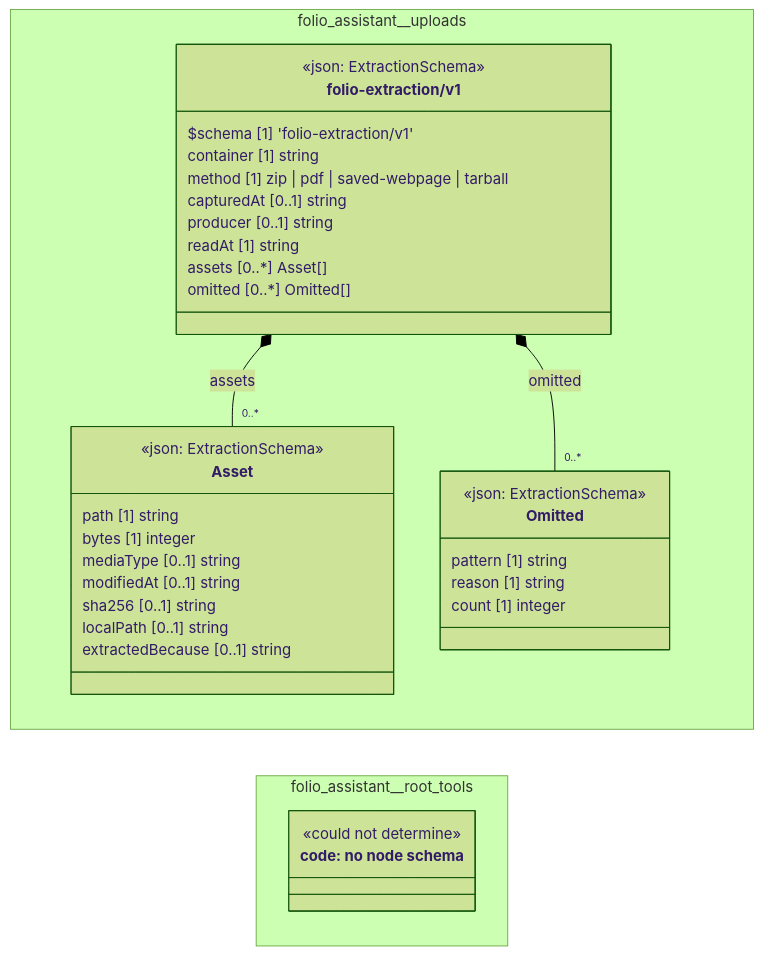
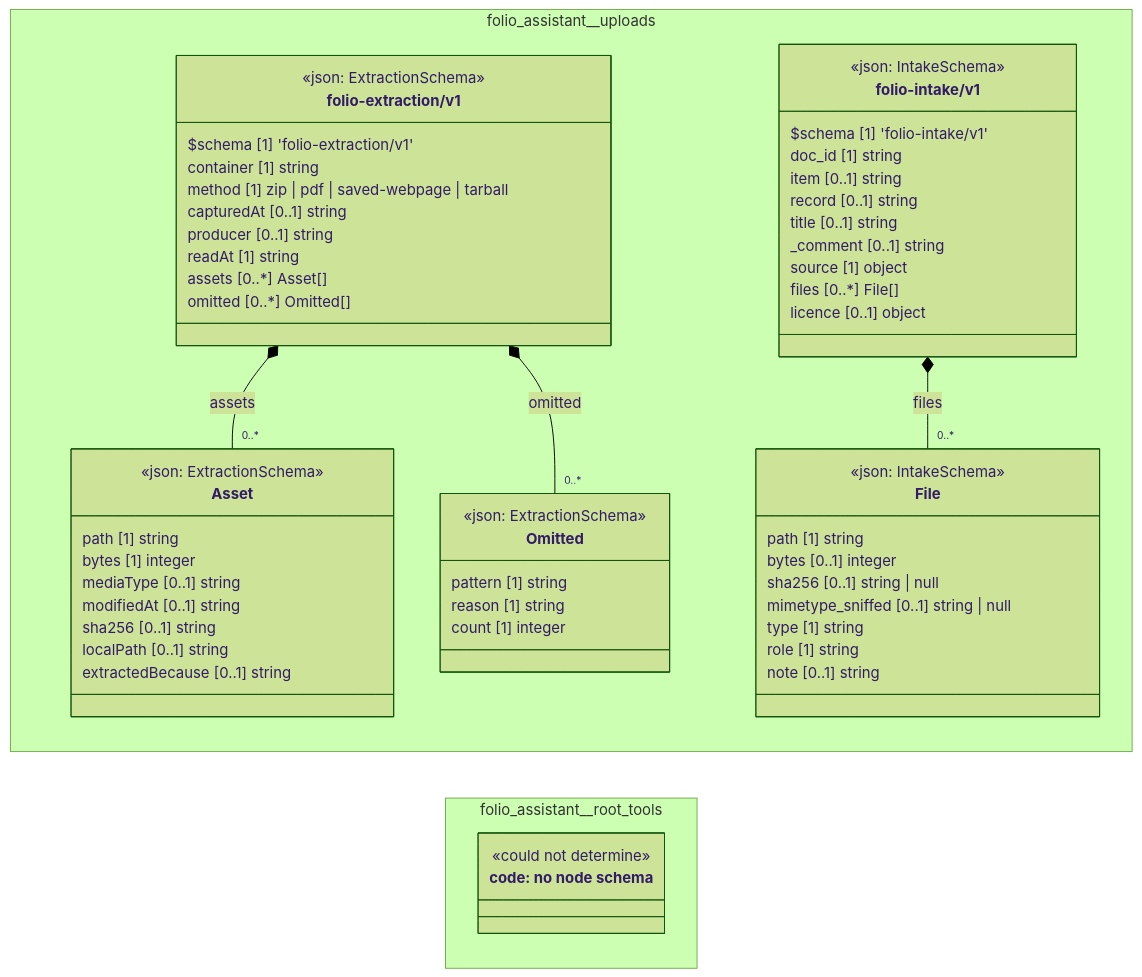
Before and after one commit to litlfred/folio-assistant: the diagram in cat-harness/uml/overview/folio-assistant.mmd, drawn with Mermaid (forest theme). The commit also changed 53 other files, not shown here.

```diff
--- a/cat-harness/uml/overview/folio-assistant.mmd
+++ b/cat-harness/uml/overview/folio-assistant.mmd
@@ -1,43 +1,68 @@
 classDiagram
   direction LR
   namespace folio_assistant__uploads {
     class folio_assistant_uploads_folio_extraction_v1_Asset["Asset"] {
       <<json: ExtractionSchema>>
       path [1] string
       bytes [1] integer
       mediaType [0..1] string
       modifiedAt [0..1] string
       sha256 [0..1] string
       localPath [0..1] string
       extractedBecause [0..1] string
     }
     class folio_assistant_uploads_folio_extraction_v1_Omitted["Omitted"] {
       <<json: ExtractionSchema>>
       pattern [1] string
       reason [1] string
       count [1] integer
     }
     class folio_assistant_uploads_folio_extraction_v1_folio_extraction_v1["folio-extraction/v1"] {
       <<json: ExtractionSchema>>
       $schema [1] 'folio-extraction/v1'
       container [1] string
       method [1] zip | pdf | saved-webpage | tarball
       capturedAt [0..1] string
       producer [0..1] string
       readAt [1] string
       assets [0..*] Asset[]
       omitted [0..*] Omitted[]
     }
+    class folio_assistant_uploads_folio_intake_v1_File["File"] {
+      <<json: IntakeSchema>>
+      path [1] string
+      bytes [0..1] integer
+      sha256 [0..1] string | null
+      mimetype_sniffed [0..1] string | null
+      type [1] string
+      role [1] string
+      note [0..1] string
+    }
+    class folio_assistant_uploads_folio_intake_v1_folio_intake_v1["folio-intake/v1"] {
+      <<json: IntakeSchema>>
+      $schema [1] 'folio-intake/v1'
+      doc_id [1] string
+      item [0..1] string
+      record [0..1] string
+      title [0..1] string
+      _comment [0..1] string
+      source [1] object
+      files [0..*] File[]
+      licence [0..1] object
+    }
   }
   namespace folio_assistant__root_tools {
     class n_folio_assistant_root_tools_code["code: no node schema"] {
       <<could not determine>>
     }
   }
   folio_assistant_uploads_folio_extraction_v1_folio_extraction_v1 *-- "0..*" folio_assistant_uploads_folio_extraction_v1_Asset : assets
   folio_assistant_uploads_folio_extraction_v1_folio_extraction_v1 *-- "0..*" folio_assistant_uploads_folio_extraction_v1_Omitted : omitted
+  folio_assistant_uploads_folio_intake_v1_folio_intake_v1 *-- "0..*" folio_assistant_uploads_folio_intake_v1_File : files
   cssClass "folio_assistant_uploads_folio_extraction_v1_Asset" fa_uml_kind_uploads
   cssClass "folio_assistant_uploads_folio_extraction_v1_Omitted" fa_uml_kind_uploads
   cssClass "folio_assistant_uploads_folio_extraction_v1_folio_extraction_v1" fa_uml_kind_uploads
+  cssClass "folio_assistant_uploads_folio_intake_v1_File" fa_uml_kind_uploads
+  cssClass "folio_assistant_uploads_folio_intake_v1_folio_intake_v1" fa_uml_kind_uploads
   cssClass "n_folio_assistant_root_tools_code" fa_uml_kind_code
   cssClass "n_folio_assistant_root_tools_code" fa_uml_undetermined
```
